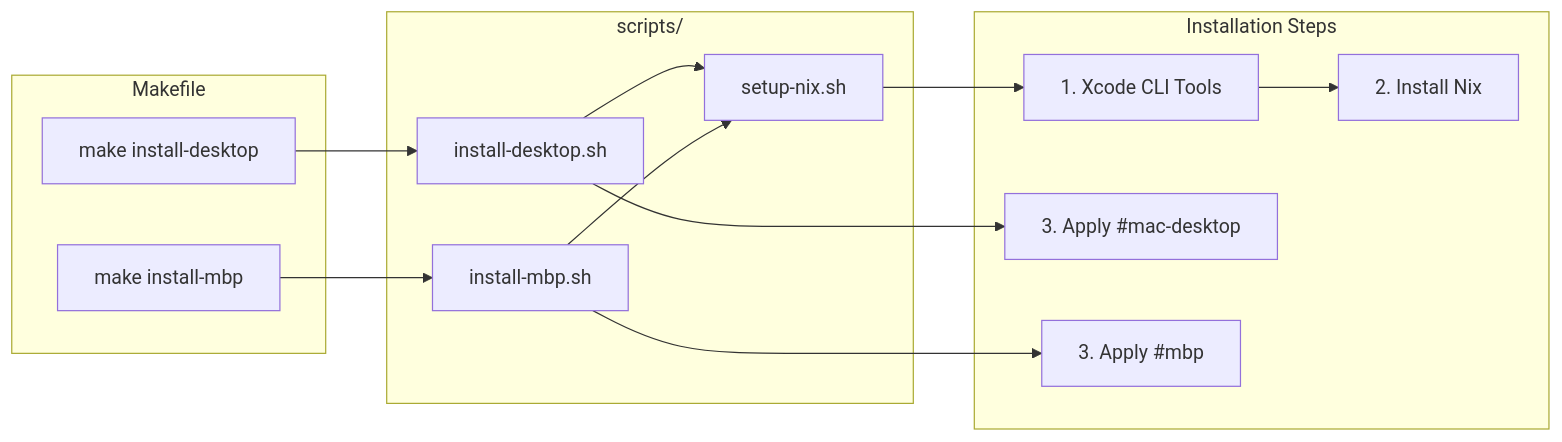
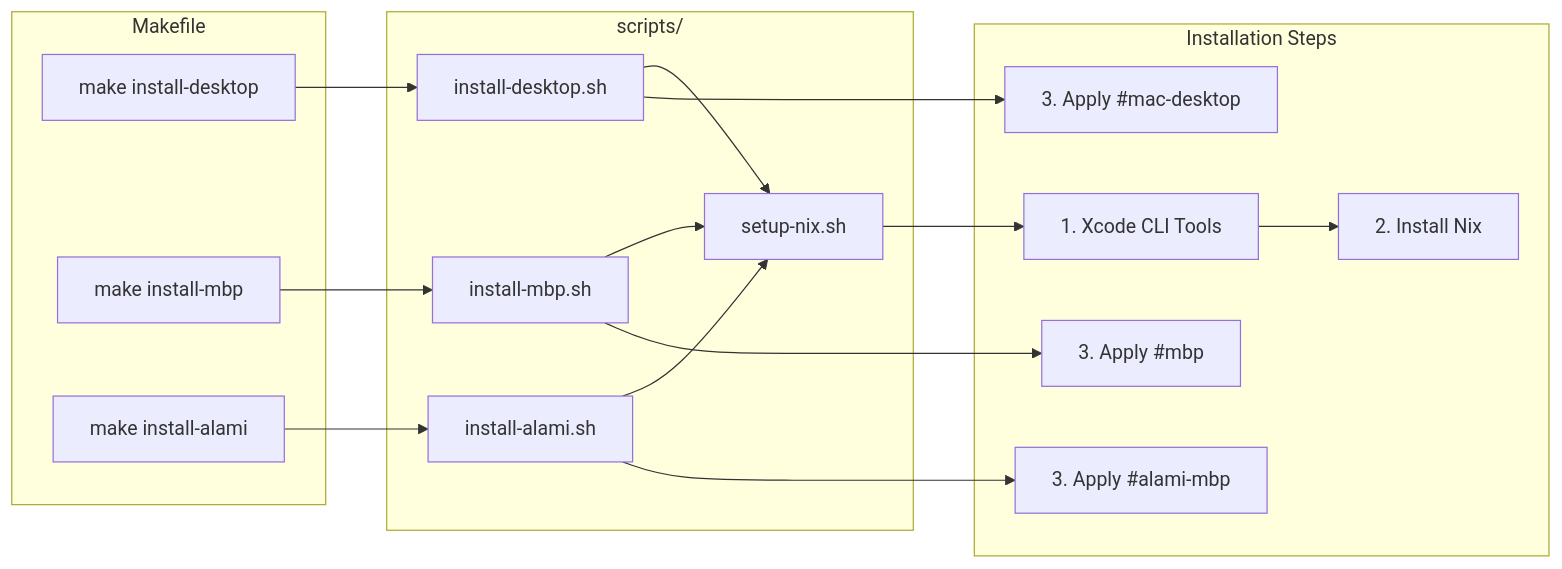
One commit to milhamh95/nix-config changed the third of 4 diagrams in README.md. Above: the diagram before and after it, drawn with Mermaid. The commit also changed other lines of this file and 2 other files, not shown here.

````diff
--- a/README.md
+++ b/README.md
@@ -128,28 +151,34 @@
 ```mermaid
 flowchart LR
     subgraph Make["Makefile"]
         make_d["make install-desktop"]
         make_m["make install-mbp"]
+        make_a["make install-alami"]
     end
 
     subgraph Scripts["scripts/"]
         setup["setup-nix.sh"]
         inst_d["install-desktop.sh"]
         inst_m["install-mbp.sh"]
+        inst_a["install-alami.sh"]
     end
 
     subgraph Steps["Installation Steps"]
         s1["1. Xcode CLI Tools"]
         s2["2. Install Nix"]
         s3d["3. Apply #mac-desktop"]
         s3m["3. Apply #mbp"]
+        s3a["3. Apply #alami-mbp"]
     end
 
     make_d --> inst_d
     make_m --> inst_m
+    make_a --> inst_a
     inst_d --> setup
     inst_m --> setup
+    inst_a --> setup
     setup --> s1 --> s2
     inst_d --> s3d
     inst_m --> s3m
+    inst_a --> s3a
 ```
````
